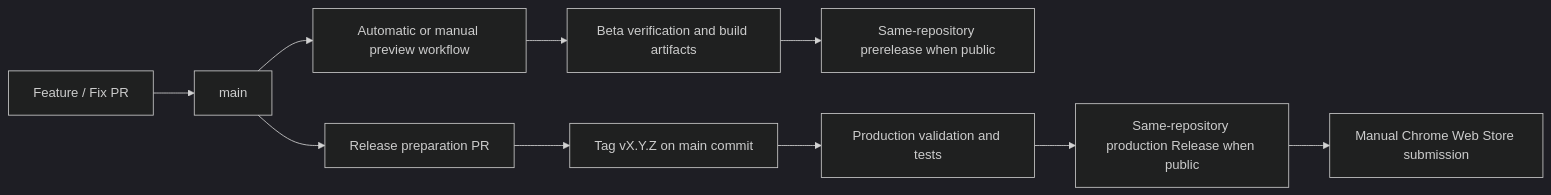
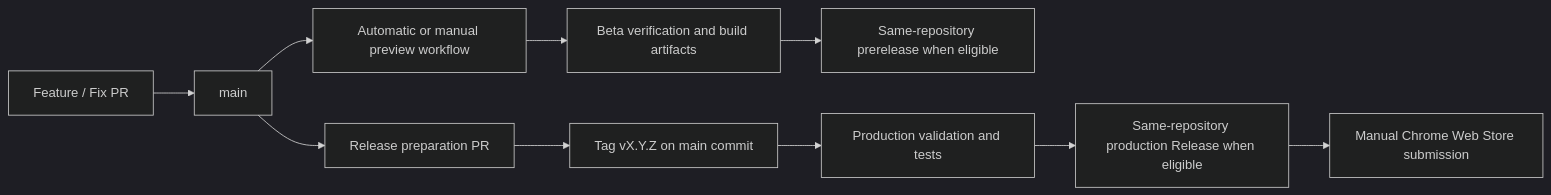
The diagram in docs/release-workflow.md (NoirWallet/noir-wallet), drawn with Mermaid (dark theme) before and after one commit. The commit also changed other lines of this file and 2 other files, not shown here.

First line of the commit message:
fix(ci): publish releases from private canonical repository (#8)

````diff
--- a/docs/release-workflow.md
+++ b/docs/release-workflow.md
@@ -13,12 +13,12 @@
 ```mermaid
 flowchart LR
   A["Feature / Fix PR"] --> B["main"]
   B --> C["Automatic or manual preview workflow"]
   C --> D["Beta verification and build artifacts"]
-  D --> E["Same-repository prerelease when public"]
+  D --> E["Same-repository prerelease when eligible"]
   B --> F["Release preparation PR"]
   F --> G["Tag vX.Y.Z on main commit"]
   G --> H["Production validation and tests"]
-  H --> I["Same-repository production Release when public"]
+  H --> I["Same-repository production Release when eligible"]
   I --> J["Manual Chrome Web Store submission"]
 ```
````
